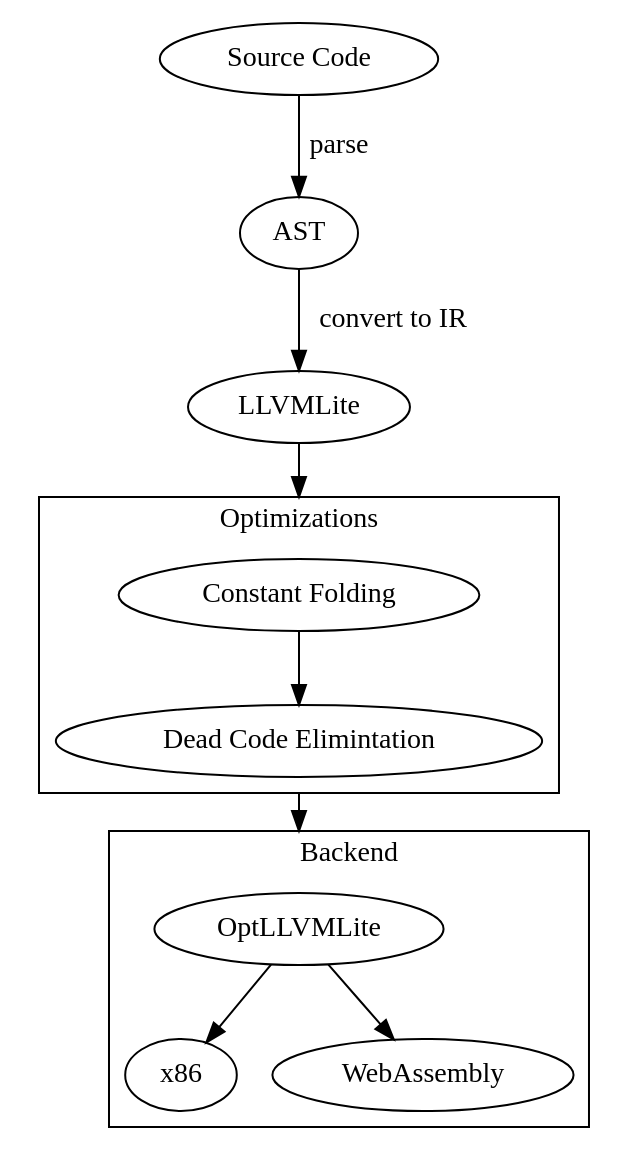
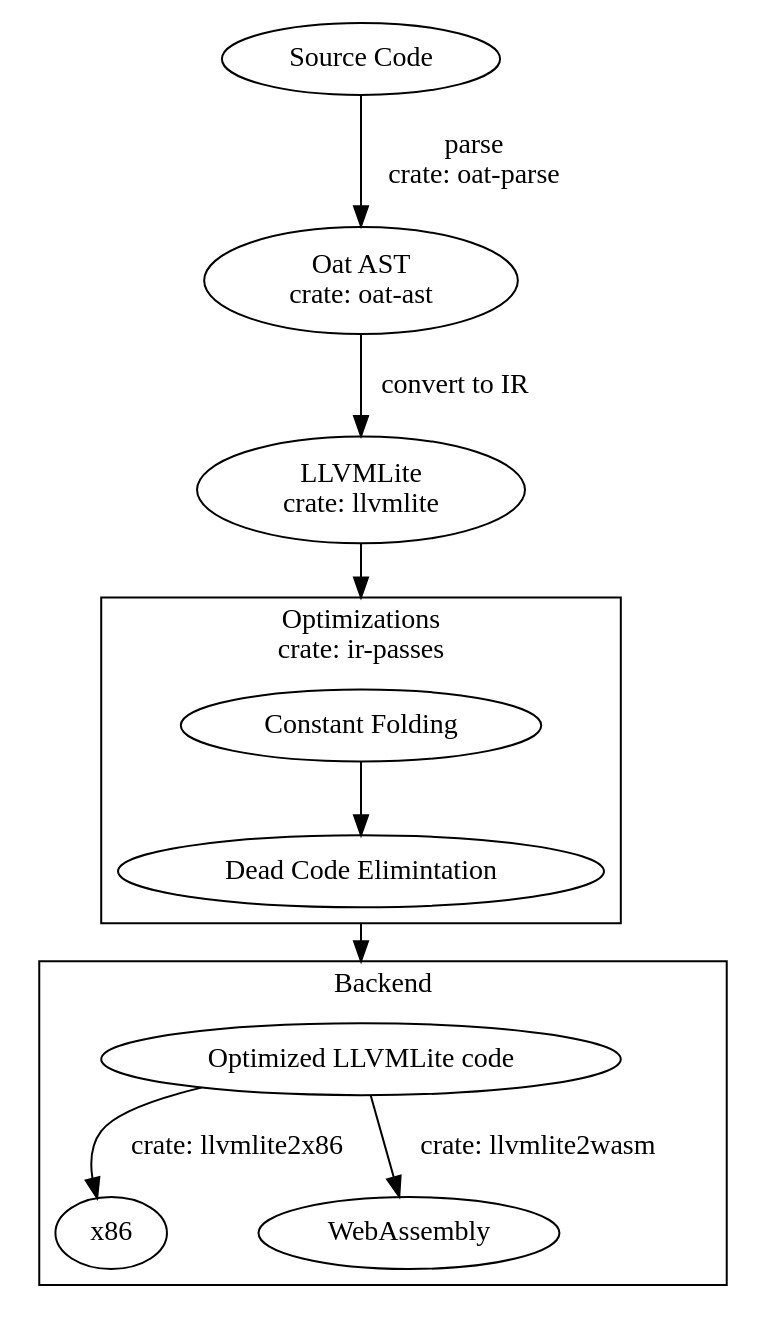
One commit to egregius313/oatmilk changed the diagram in images/phases.dot. Above: the diagram before and after it, drawn with Graphviz. The commit also changed 1 other file, not shown here.

Commit message:
Added crate information to chart

```diff
--- a/images/phases.dot
+++ b/images/phases.dot
@@ -1,26 +1,32 @@
 digraph compiler_phases {
     compound = true
 
     source [label = "Source Code"]
 
     subgraph cluster_optimizations {
-        label = "Optimizations"
+        label = "Optimizations\ncrate: ir-passes"
         CF [label="Constant Folding"]
         DCE [label="Dead Code Elimintation"]
 
         CF -> DCE
     }
 
     subgraph cluster_backends {
         label = "Backend"
 
-        OptLLVMLite -> { x86 WebAssembly }
+        OptLLVMLite [label="Optimized LLVMLite code"]
+
+        OptLLVMLite -> x86 [label="crate: llvmlite2x86"]
+        OptLLVMLite -> WebAssembly [label="crate: llvmlite2wasm"]
     }
 
-    source -> AST [label="parse"]
+    AST [label="Oat AST\ncrate: oat-ast"]
+    LLVMLite [label="LLVMLite\ncrate: llvmlite"]
+
+    source -> AST [label="parse\ncrate: oat-parse"]
     AST -> LLVMLite [label="convert to IR"]
 
     LLVMLite -> CF [lhead=cluster_optimizations]
 
     DCE -> OptLLVMLite [ltail=cluster_optimizations, lhead=cluster_backends]
 }
```
